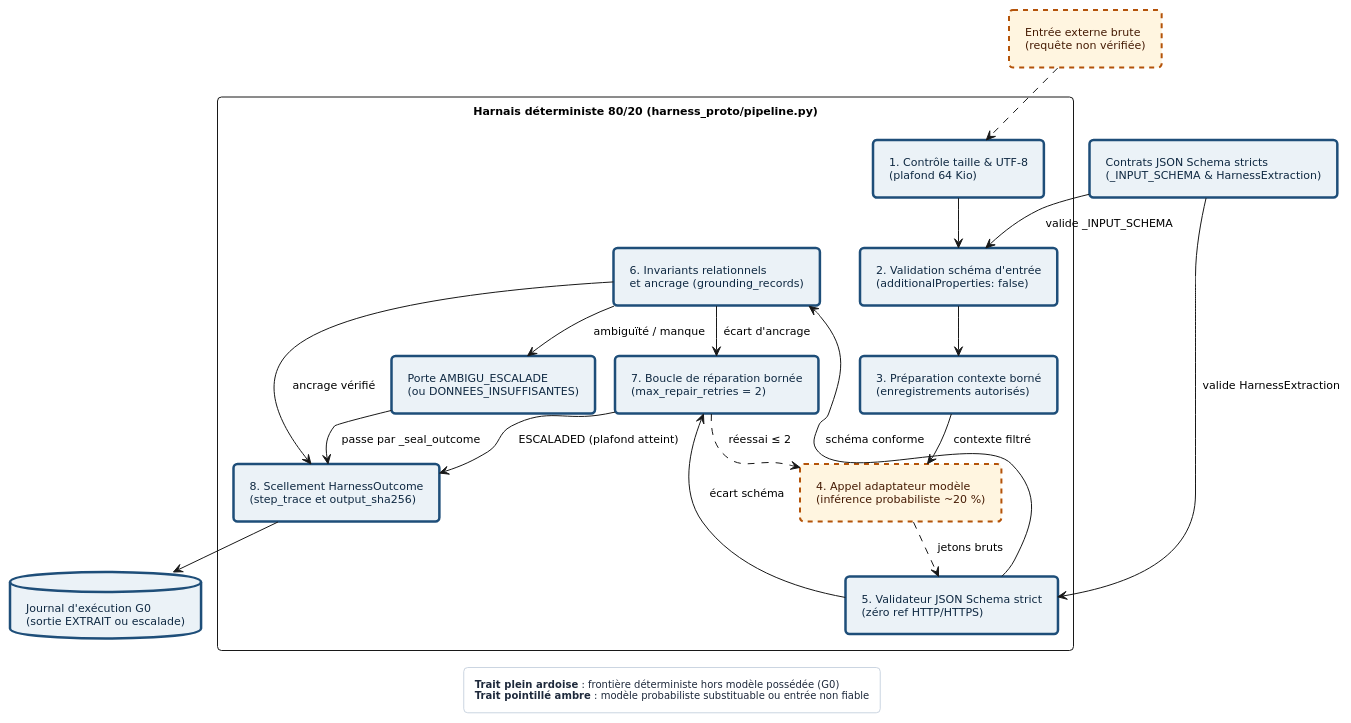
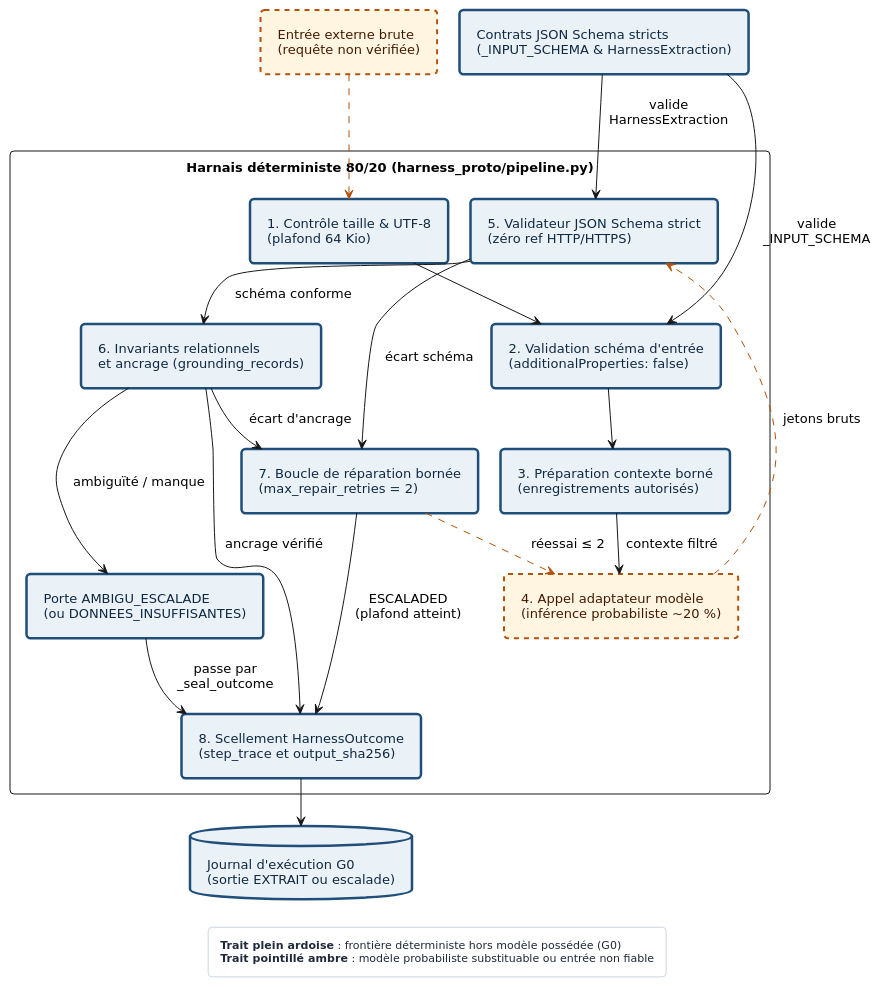
Before and after one commit to agbruneau/Agentique: the diagram in 8 - Manuel/diagrammes/Fig-01.puml, drawn with PlantUML. The commit also changed 42 other files, not shown here.

```diff
--- a/8 - Manuel/diagrammes/Fig-01.puml
+++ b/8 - Manuel/diagrammes/Fig-01.puml
@@ -1,87 +1,88 @@
 @startuml
 <style>
 document {
   BackgroundColor #FFFFFF
 }
 .det {
   BackgroundColor #EBF2F7
   LineColor #1E4E79
   LineThickness 2.5
   FontColor #0F2942
 }
 .prob {
   BackgroundColor #FFF5E0
   LineColor #B45309
   LineThickness 2.0
   LineStyle 5
   FontColor #451A03
 }
 package {
   BackgroundColor #F8FAFC
   LineColor #64748B
   LineThickness 1.2
   FontColor #334155
 }
 legend {
   BackgroundColor #FFFFFF
   LineColor #CBD5E1
   FontColor #1E293B
-  FontSize 10
+  FontSize 11
 }
 </style>
 hide stereotype
 top to bottom direction
 skinparam defaultFontName "DejaVu Sans"
-skinparam defaultFontSize 11
+skinparam defaultFontSize 13
 skinparam shadowing false
 skinparam roundcorner 8
 skinparam packageStyle rectangle
-skinparam nodesep 20
-skinparam ranksep 24
-skinparam padding 6
+skinparam nodesep 22
+skinparam ranksep 30
+skinparam padding 7
 
 rectangle "Entrée externe brute\n(requête non vérifiée)" as RAW <<prob>>
 rectangle "Contrats JSON Schema stricts\n(_INPUT_SCHEMA & HarnessExtraction)" as SCH <<det>>
 
 package "Harnais déterministe 80/20 (harness_proto/pipeline.py)" {
   rectangle "1. Contrôle taille & UTF-8\n(plafond 64 Kio)" as E1 <<det>>
   rectangle "2. Validation schéma d'entrée\n(additionalProperties: false)" as E2 <<det>>
   rectangle "3. Préparation contexte borné\n(enregistrements autorisés)" as E3 <<det>>
   rectangle "4. Appel adaptateur modèle\n(inférence probabiliste ~20 %)" as E4 <<prob>>
   rectangle "5. Validateur JSON Schema strict\n(zéro ref HTTP/HTTPS)" as E5 <<det>>
   rectangle "6. Invariants relationnels\net ancrage (grounding_records)" as E6 <<det>>
   rectangle "7. Boucle de réparation bornée\n(max_repair_retries = 2)" as E7 <<det>>
   rectangle "Porte AMBIGU_ESCALADE\n(ou DONNEES_INSUFFISANTES)" as ESC <<det>>
   rectangle "8. Scellement HarnessOutcome\n(step_trace et output_sha256)" as E8 <<det>>
 }
 
 database "Journal d'exécution G0\n(sortie EXTRAIT ou escalade)" as LOG <<det>>
 
-RAW ..> E1
+RAW .[#B45309].> E1
 E1 --> E2
 E2 --> E3
 E3 --> E4 : contexte filtré
-E4 ..> E5 : jetons bruts
-SCH --> E2 : valide _INPUT_SCHEMA
-SCH --> E5 : valide HarnessExtraction
+E4 .[#B45309].> E5 : jetons bruts
+SCH --> E2 : valide\n_INPUT_SCHEMA
+SCH --> E5 : valide\nHarnessExtraction
 E5 --> E6 : schéma conforme
 E5 --> E7 : écart schéma
 E6 --> E8 : ancrage vérifié
 E6 --> E7 : écart d'ancrage
 E6 --> ESC : ambiguïté / manque
-E7 ..> E4 : réessai ≤ 2
-E7 --> E8 : ESCALADED (plafond atteint)
-ESC --> E8 : passe par _seal_outcome
+E7 .[#B45309].> E4 : réessai ≤ 2
+E7 --> E8 : ESCALADED\n(plafond atteint)
+ESC --> E8 : passe par\n_seal_outcome
 E8 --> LOG
 
 RAW -[hidden]right-> SCH
-E1 -[hidden]right-> E8
+E1 -[hidden]right-> E5
 E2 -[hidden]right-> E6
-E3 -[hidden]right-> E5
-E7 -[hidden]right-> ESC
+E3 -[hidden]right-> E7
+E4 -[hidden]right-> ESC
+E7 -[hidden]down-> E8
 
 legend bottom
   **Trait plein ardoise** : frontière déterministe hors modèle possédée (G0)
   **Trait pointillé ambre** : modèle probabiliste substituable ou entrée non fiable
 end legend
 @enduml
```
